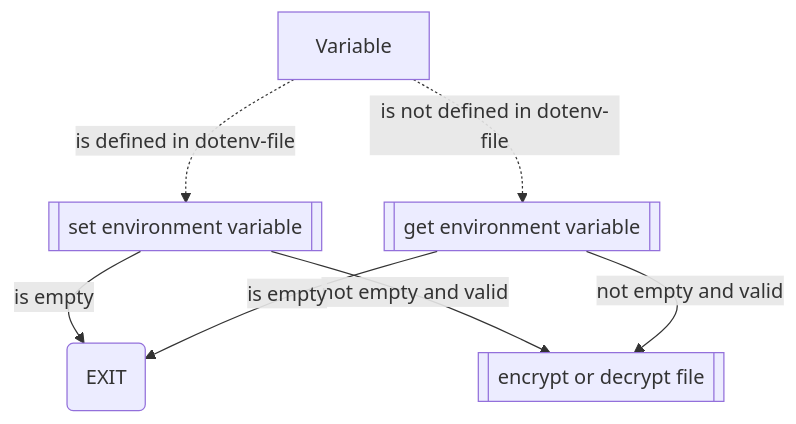
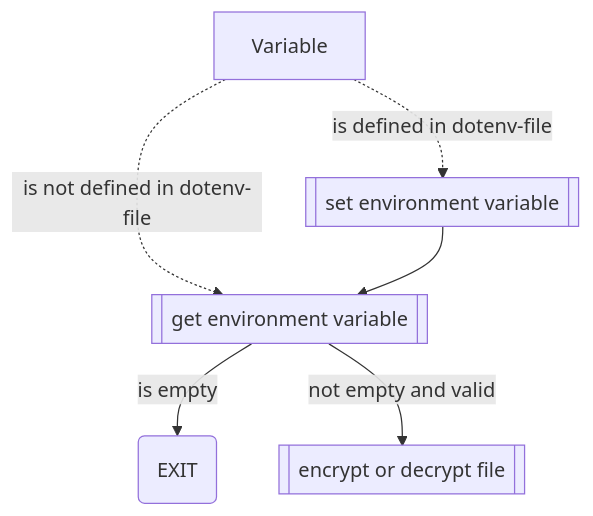
One commit to Zheng-Bote/qt-cli_file_encryption-decryption changed the first of 2 diagrams in README.md. Above: the diagram before and after it, drawn with Mermaid.

````diff
--- a/README.md
+++ b/README.md
@@ -128,10 +128,8 @@
 ```mermaid
 flowchart TD;
     A["Variable"]-. "is defined in dotenv-file" .->B[["set environment variable"]]
-    B-- "is empty" -->E("EXIT")
-    B-- "not empty and valid" -->P[["encrypt or decrypt file"]]
-
     A["Variable"]-. "is not defined in dotenv-file" .->C[["get environment variable"]]
+    B-->C
     C-- "is empty" -->E("EXIT")
     C-- "not empty and valid" -->P[["encrypt or decrypt file"]]
 ```
````
